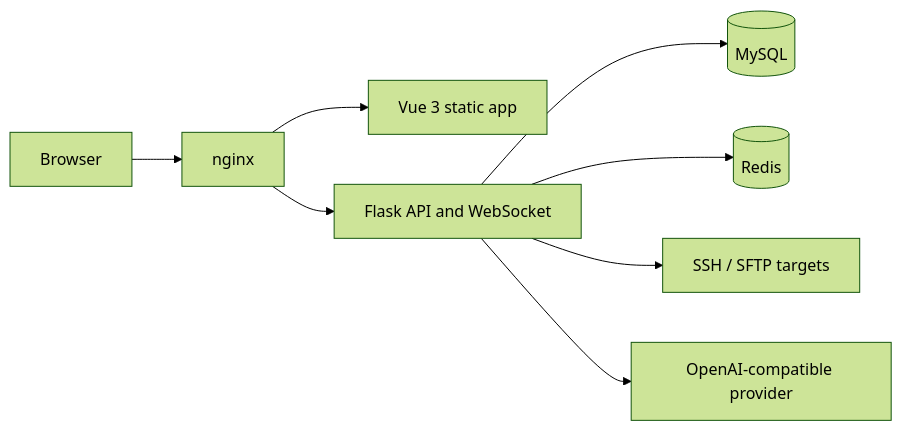
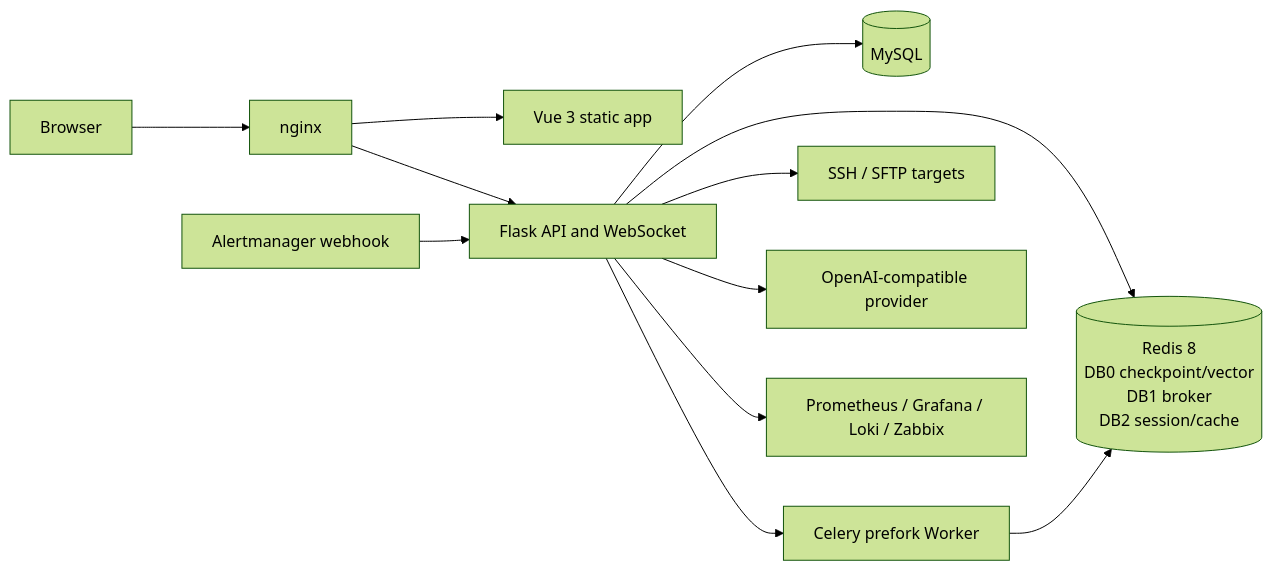
The second of 2 diagrams in README.md (OrangeServers/OrangeServer), drawn with Mermaid (forest theme) before and after one commit. The commit also changed other lines of this file and 20 other files, not shown here.

````diff
--- a/README.md
+++ b/README.md
@@ -157,10 +155,14 @@
 ```mermaid
 flowchart LR
     Browser["Browser"] --> Nginx["nginx"]
     Nginx --> Frontend["Vue 3 static app"]
     Nginx --> API["Flask API and WebSocket"]
     API --> MySQL[("MySQL")]
-    API --> Redis[("Redis")]
+    API --> Redis[("Redis 8\nDB0 checkpoint/vector\nDB1 broker\nDB2 session/cache")]
+    API --> Worker["Celery prefork Worker"]
+    Worker --> Redis
     API --> Targets["SSH / SFTP targets"]
     API --> Provider["OpenAI-compatible provider"]
+    API --> Sources["Prometheus / Grafana / Loki / Zabbix"]
+    Alertmanager["Alertmanager webhook"] --> API
 ```
````
